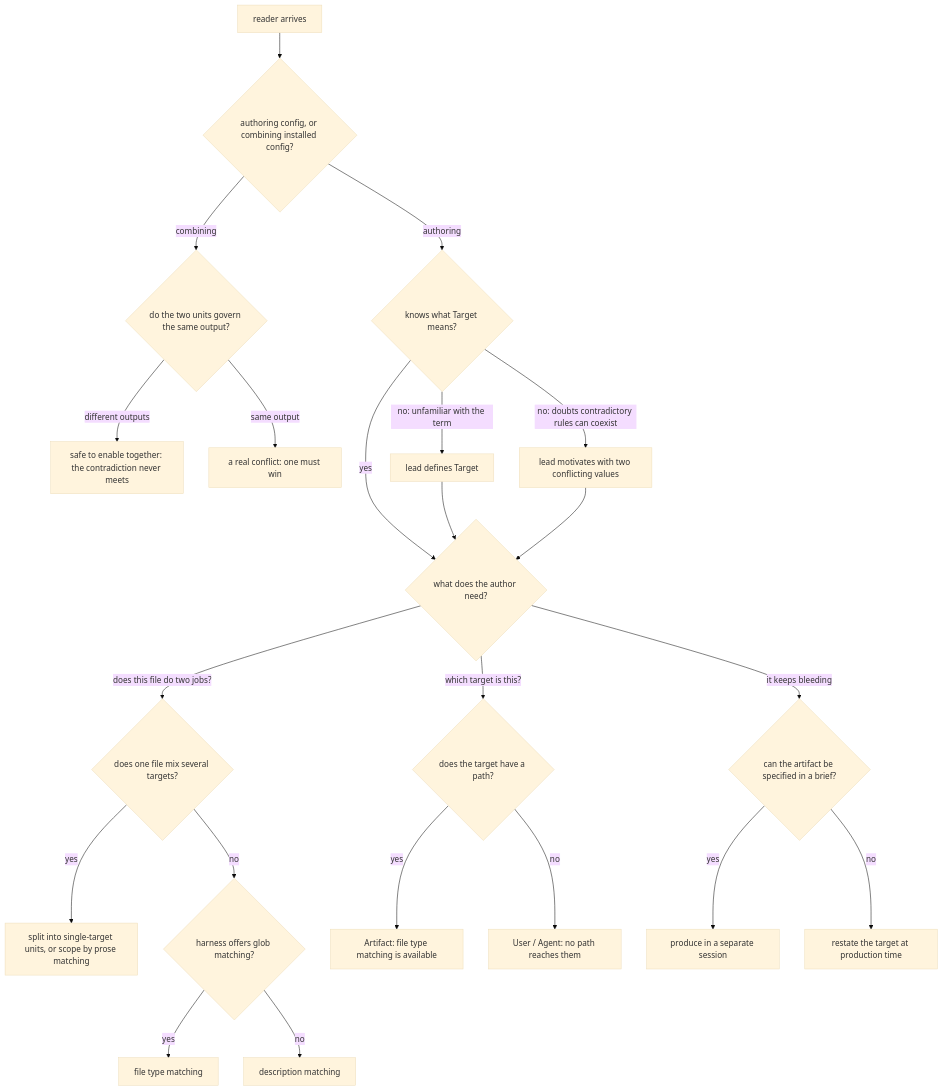
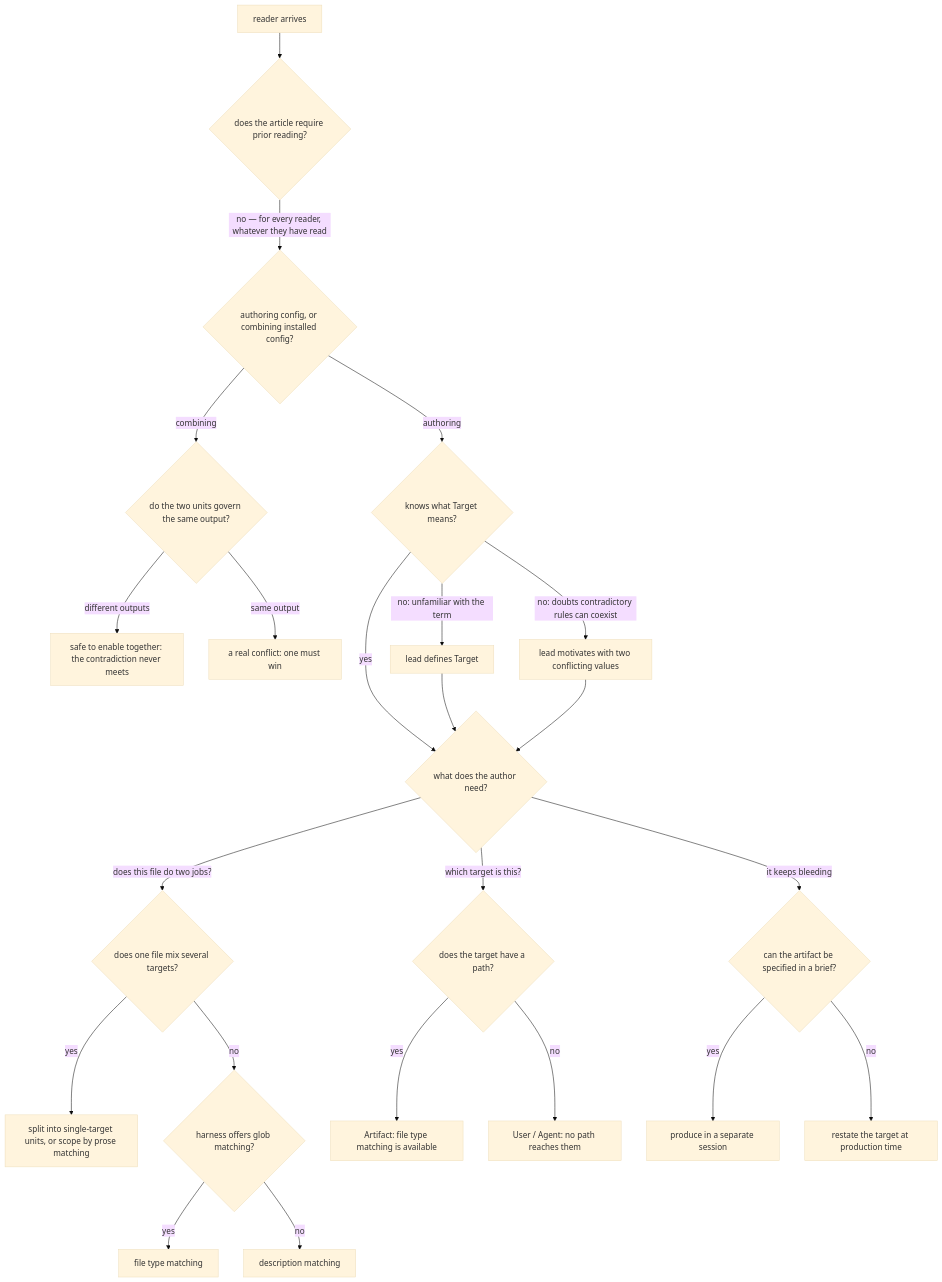
The diagram in apps/website/.agents/spec/content/docs/agent-configuration/instruction-target/README.md (cyberuni/cyber-skills), drawn with Mermaid (base theme) before and after one commit. The commit also changed other lines of this file and 3 other files, not shown here.

````diff
--- a/apps/website/.agents/spec/content/docs/agent-configuration/instruction-target/README.md
+++ b/apps/website/.agents/spec/content/docs/agent-configuration/instruction-target/README.md
@@ -118,30 +142,31 @@
 ```mermaid
 graph TD
-  S[reader arrives] --> R{authoring config, or combining installed config?}
+  S[reader arrives] --> A{does the article require prior reading?}
+  A -- "no — for every reader, whatever they have read" --> R{authoring config, or combining installed config?}
 
   R -- combining --> Z{do the two units govern the same output?}
   Z -- "different outputs" --> Z1[safe to enable together: the contradiction never meets]
   Z -- "same output" --> Z2[a real conflict: one must win]
 
   R -- authoring --> B{knows what Target means?}
   B -- "no: unfamiliar with the term" --> C1[lead defines Target]
   B -- "no: doubts contradictory rules can coexist" --> C2[lead motivates with two conflicting values]
   B -- yes --> D{what does the author need?}
   C1 --> D
   C2 --> D
 
   D -- "does this file do two jobs?" --> K{does one file mix several targets?}
   D -- "which target is this?" --> H{does the target have a path?}
   D -- "it keeps bleeding" --> P{can the artifact be specified in a brief?}
 
   K -- yes --> K1[split into single-target units, or scope by prose matching]
   K -- no --> M{harness offers glob matching?}
   M -- yes --> M1[file type matching]
   M -- no --> M2[description matching]
 
   H -- yes --> H1[Artifact: file type matching is available]
   H -- no --> H2[User / Agent: no path reaches them]
 
   P -- yes --> P1[produce in a separate session]
   P -- no --> P2[restate the target at production time]
 ```
````
